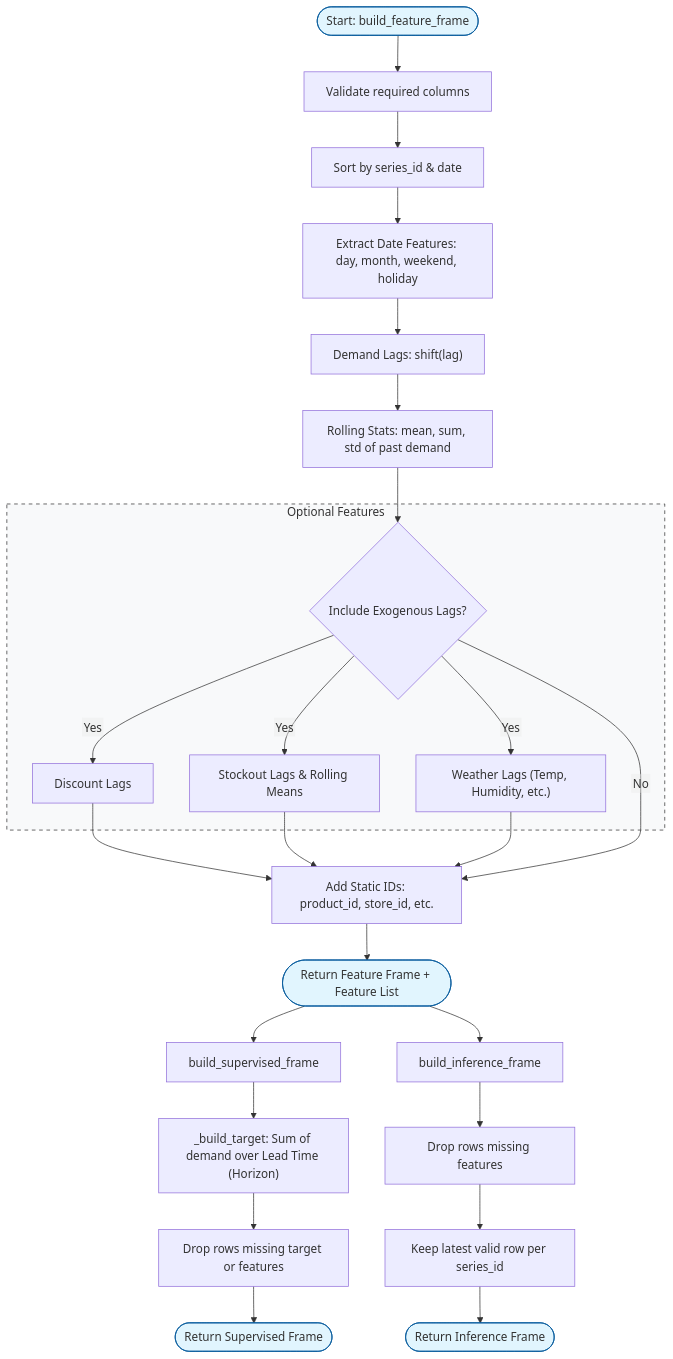
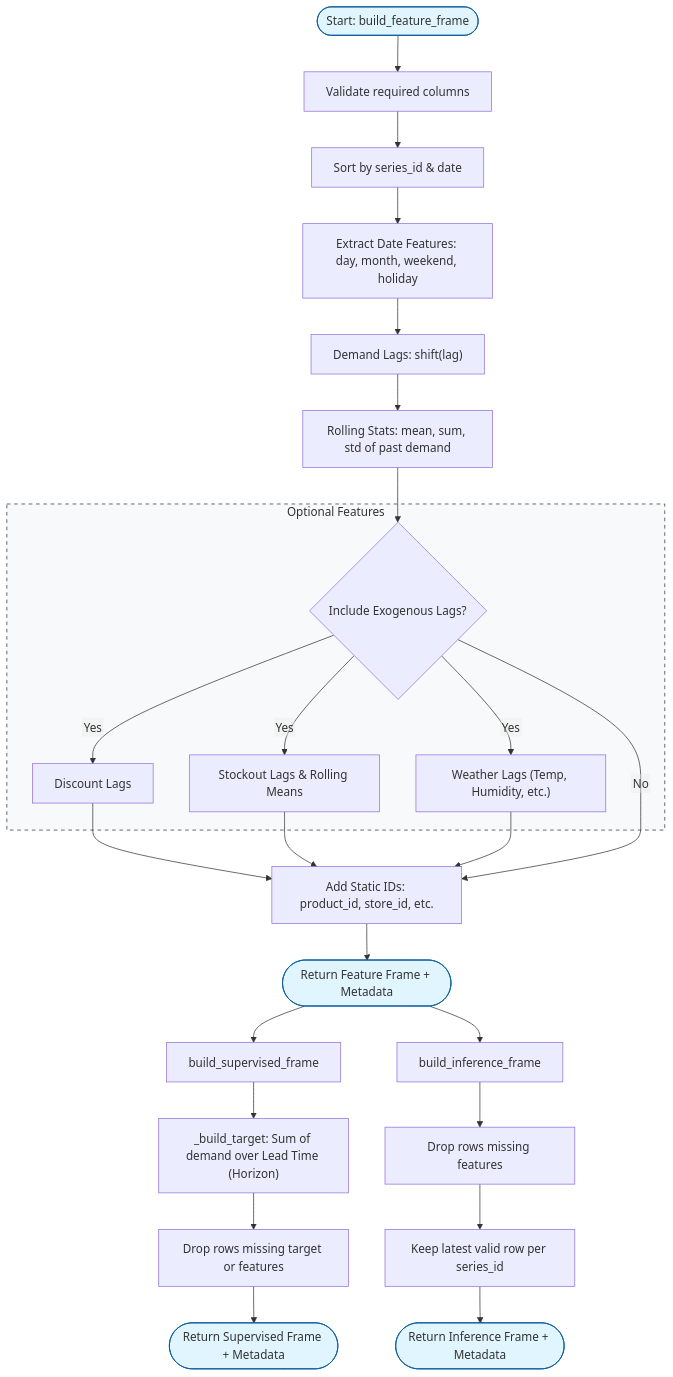
One commit to ArtemMindlin/retail-demand-forecasting-system changed the diagram in src/retail_forecasting/features/FEATURE_ENGINEERING_FLOW.md. Above: the diagram before and after it, drawn with Mermaid. The commit also changed 6 other files, not shown here.

Commit message:
refactor: always return feature metadata

````diff
--- a/src/retail_forecasting/features/FEATURE_ENGINEERING_FLOW.md
+++ b/src/retail_forecasting/features/FEATURE_ENGINEERING_FLOW.md
@@ -5,41 +5,41 @@
 ```mermaid
 %%{init: { 'flowchart': { 'htmlLabels': false } } }%%
 graph TD
     Start(["Start: build_feature_frame"]) --> Validate["Validate required columns"]
     Validate --> Sort["Sort by series_id & date"]
     Sort --> DateFeat["Extract Date Features: day, month, weekend, holiday"]
     
     DateFeat --> Lags["Demand Lags: shift(lag)"]
     Lags --> Rolling["Rolling Stats: mean, sum, std of past demand"]
     
     Rolling --> Exog{"Include Exogenous Lags?"}
     
     subgraph Exogenous_Features ["Optional Features"]
         Exog -- "Yes" --> Discount["Discount Lags"]
         Exog -- "Yes" --> Stockout["Stockout Lags & Rolling Means"]
         Exog -- "Yes" --> Weather["Weather Lags (Temp, Humidity, etc.)"]
     end
     
     Discount --> Static["Add Static IDs: product_id, store_id, etc."]
     Stockout --> Static
     Weather --> Static
     Exog -- "No" --> Static
 
-    Static --> SharedEnd(["Return Feature Frame + Feature List"])
+    Static --> SharedEnd(["Return Feature Frame + Metadata"])
 
     SharedEnd --> Supervised["build_supervised_frame"]
     Supervised --> Target["_build_target: Sum of demand over Lead Time (Horizon)"]
     Target --> TrainClean["Drop rows missing target or features"]
-    TrainClean --> TrainEnd(["Return Supervised Frame"])
+    TrainClean --> TrainEnd(["Return Supervised Frame + Metadata"])
 
     SharedEnd --> Inference["build_inference_frame"]
     Inference --> InferenceClean["Drop rows missing features"]
     InferenceClean --> Latest["Keep latest valid row per series_id"]
-    Latest --> InferenceEnd(["Return Inference Frame"])
+    Latest --> InferenceEnd(["Return Inference Frame + Metadata"])
 
     style Start fill:#e1f5fe,stroke:#01579b
     style SharedEnd fill:#e1f5fe,stroke:#01579b
     style TrainEnd fill:#e1f5fe,stroke:#01579b
     style InferenceEnd fill:#e1f5fe,stroke:#01579b
     style Exogenous_Features fill:#f8f9fa,stroke:#333,stroke-dasharray: 5 5
 ```
````
